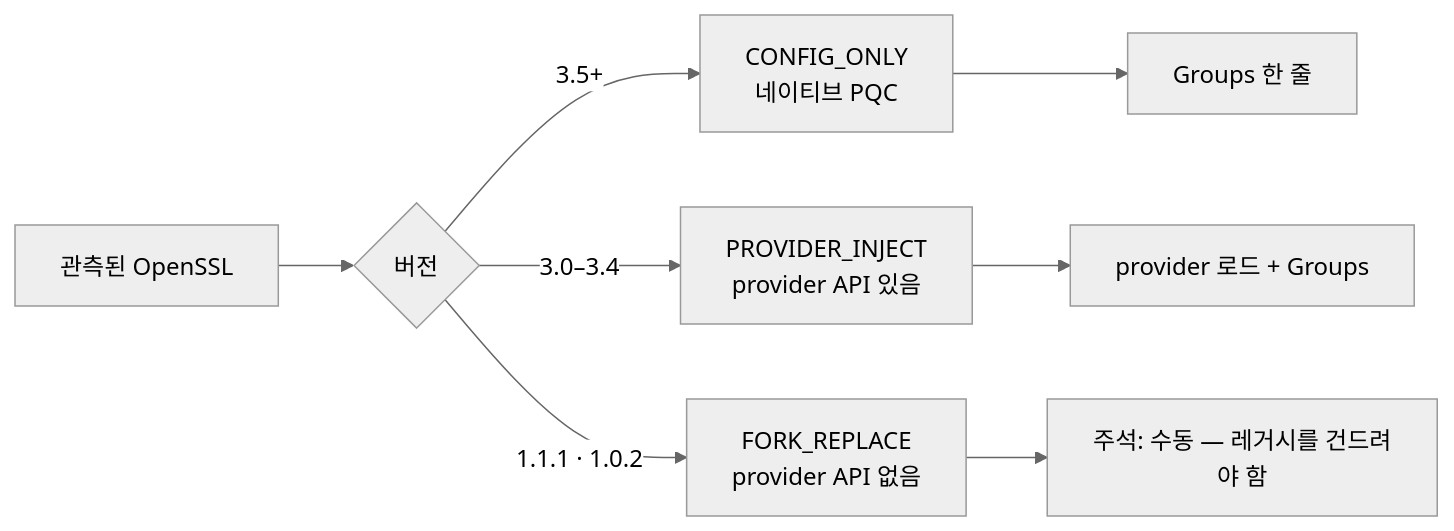
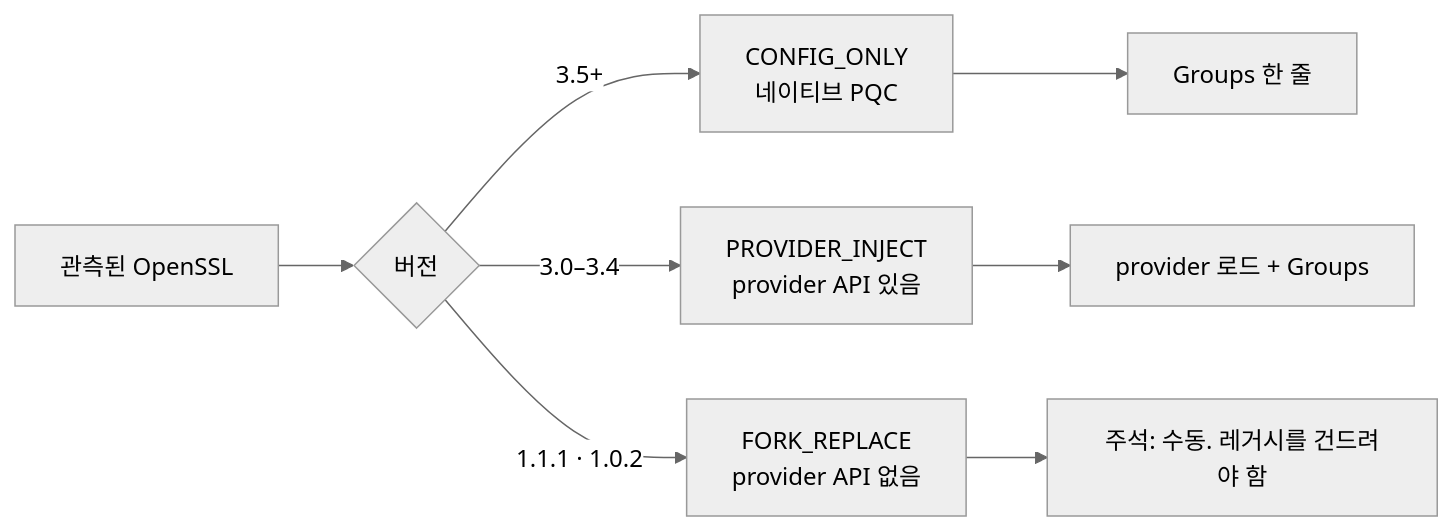
Before and after one commit to randyinthedev-hash/pqcota: the first of 3 diagrams in provisioning/design.md, drawn with Mermaid (neutral theme). The commit also changed other lines of this file and 2 other files, not shown here.

````diff
--- a/provisioning/design.md
+++ b/provisioning/design.md
@@ -122,10 +122,10 @@
 ```mermaid
 flowchart LR
     V["관측된 OpenSSL"] --> A{버전}
     A -- "3.5+" --> C1["CONFIG_ONLY<br/>네이티브 PQC"]
     A -- "3.0–3.4" --> C2["PROVIDER_INJECT<br/>provider API 있음"]
     A -- "1.1.1 · 1.0.2" --> C3["FORK_REPLACE<br/>provider API 없음"]
     C1 --> R1["Groups 한 줄"]
     C2 --> R2["provider 로드 + Groups"]
-    C3 --> R3["주석: 수동 — 레거시를 건드려야 함"]
+    C3 --> R3["주석: 수동. 레거시를 건드려야 함"]
 ```
````
